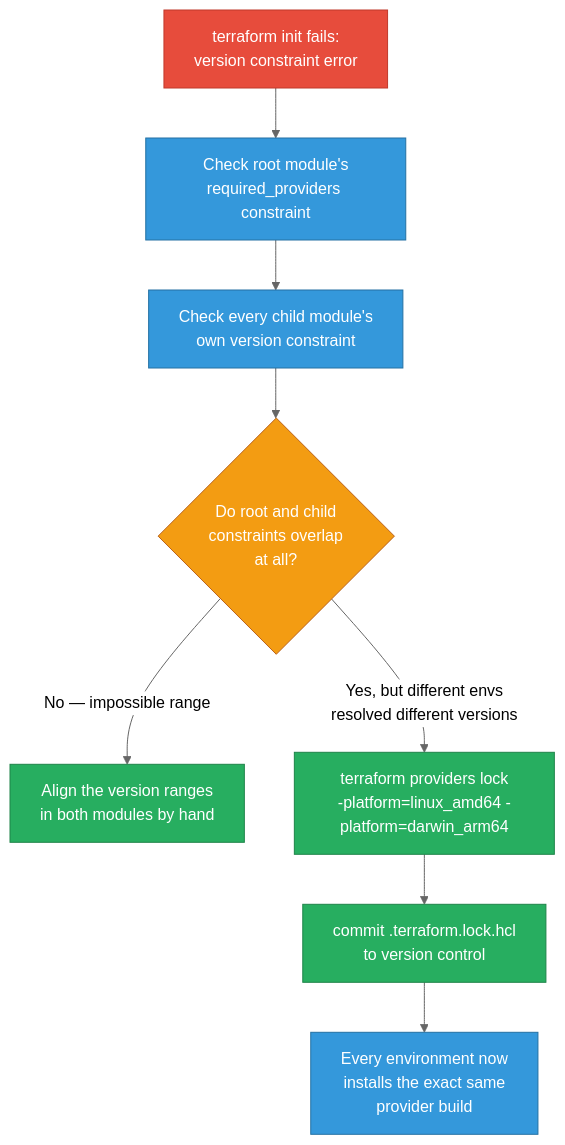
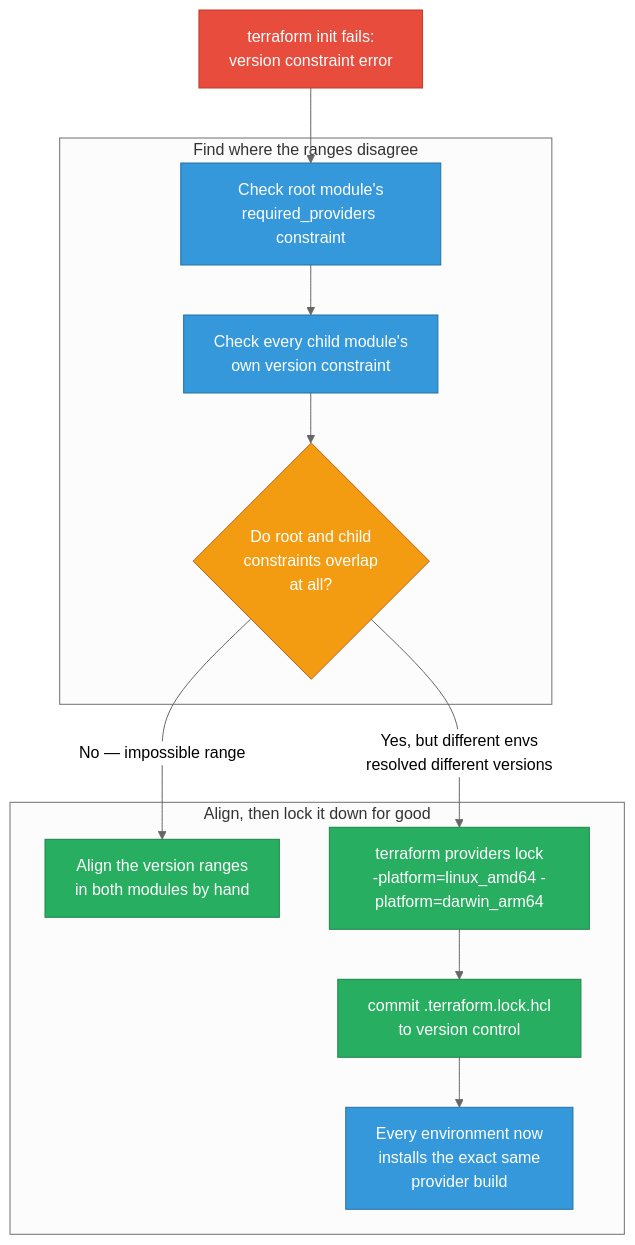
Before and after one commit to deepanshu-rawat6/DevOpsIndex: the fifth of 8 diagrams in sre/iac-scenarios.md, drawn with Mermaid (neutral theme). The commit also changed other lines of this file and 7 other files, not shown here.

````diff
--- a/sre/iac-scenarios.md
+++ b/sre/iac-scenarios.md
@@ -254,16 +266,21 @@
 ```mermaid
 flowchart TD
     classDef err fill:#e74c3c,stroke:#c0392b,color:#fff
     classDef decision fill:#f39c12,stroke:#ba6018,color:#fff
     classDef fix fill:#27ae60,stroke:#1e8449,color:#fff
     classDef verify fill:#3498db,stroke:#2471a3,color:#fff
 
     INIT["terraform init fails:<br/>version constraint error"]:::err --> ROOT["Check root module's<br/>required_providers constraint"]:::verify
-    ROOT --> CHILD["Check every child module's<br/>own version constraint"]:::verify
-    CHILD --> OVERLAP{"Do root and child<br/>constraints overlap<br/>at all?"}:::decision
 
-    OVERLAP -->|"No — impossible range"| ALIGN["Align the version ranges<br/>in both modules by hand"]:::fix
-    OVERLAP -->|"Yes, but different envs<br/>resolved different versions"| LOCK["terraform providers lock<br/>-platform=linux_amd64 -platform=darwin_arm64"]:::fix
-    LOCK --> COMMIT["commit .terraform.lock.hcl<br/>to version control"]:::fix
-    COMMIT --> SAME["Every environment now<br/>installs the exact same<br/>provider build"]:::verify
+    subgraph DIAGNOSE["Find where the ranges disagree"]
+        ROOT --> CHILD["Check every child module's<br/>own version constraint"]:::verify
+        CHILD --> OVERLAP{"Do root and child<br/>constraints overlap<br/>at all?"}:::decision
+    end
+
+    subgraph RESOLVE["Align, then lock it down for good"]
+        OVERLAP -->|"No — impossible range"| ALIGN["Align the version ranges<br/>in both modules by hand"]:::fix
+        OVERLAP -->|"Yes, but different envs<br/>resolved different versions"| LOCK["terraform providers lock<br/>-platform=linux_amd64 -platform=darwin_arm64"]:::fix
+        LOCK --> COMMIT["commit .terraform.lock.hcl<br/>to version control"]:::fix
+        COMMIT --> SAME["Every environment now<br/>installs the exact same<br/>provider build"]:::verify
+    end
 ```
````
